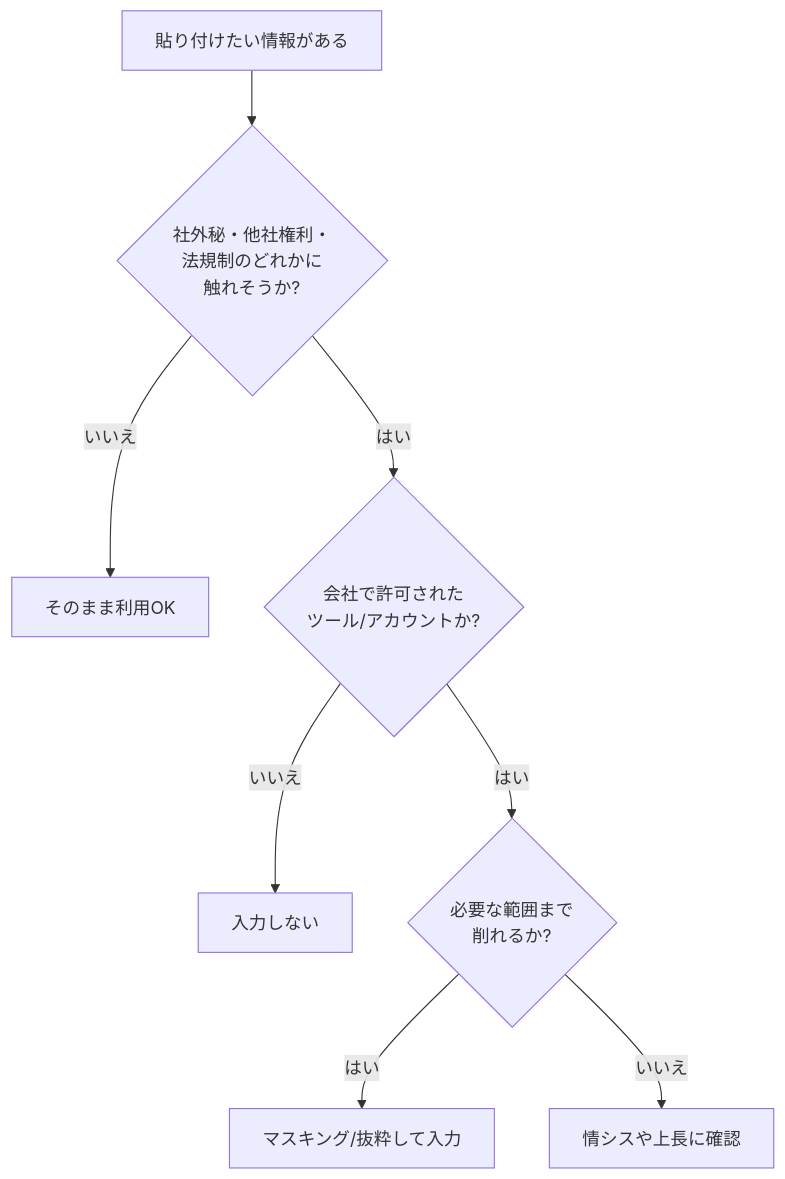
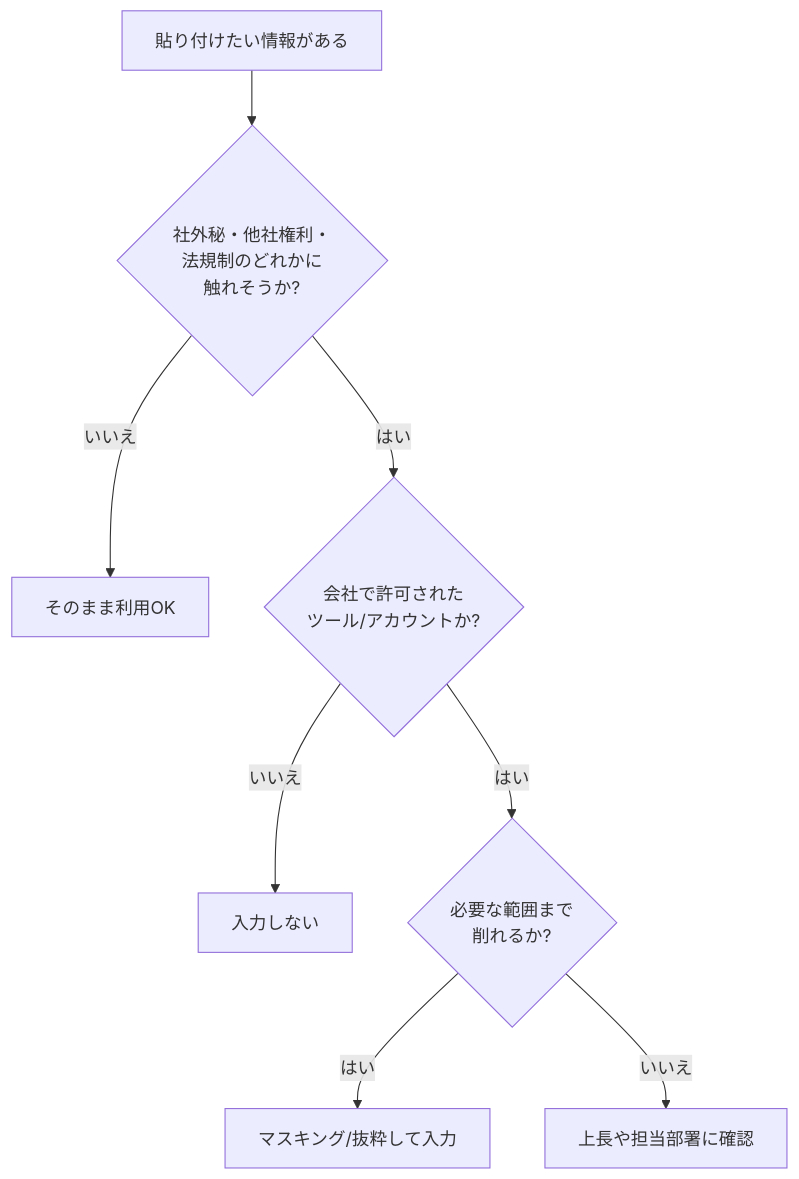
One commit to ma2saka/docs-claude-sample changed the second of 2 diagrams in docs/08-security-individual.md. Above: the diagram before and after it, drawn with Mermaid. The commit also changed other lines of this file and 8 other files, not shown here.

````diff
--- a/docs/08-security-individual.md
+++ b/docs/08-security-individual.md
@@ -67,10 +67,10 @@
 ```mermaid
 flowchart TD
     A[貼り付けたい情報がある] --> B{社外秘・他社権利・<br/>法規制のどれかに<br/>触れそうか?}
     B -- いいえ --> Z[そのまま利用OK]
     B -- はい --> C{会社で許可された<br/>ツール/アカウントか?}
     C -- いいえ --> N[入力しない]
     C -- はい --> D{必要な範囲まで<br/>削れるか?}
     D -- はい --> E[マスキング/抜粋して入力]
-    D -- いいえ --> F[情シスや上長に確認]
+    D -- いいえ --> F[上長や担当部署に確認]
 ```
````
